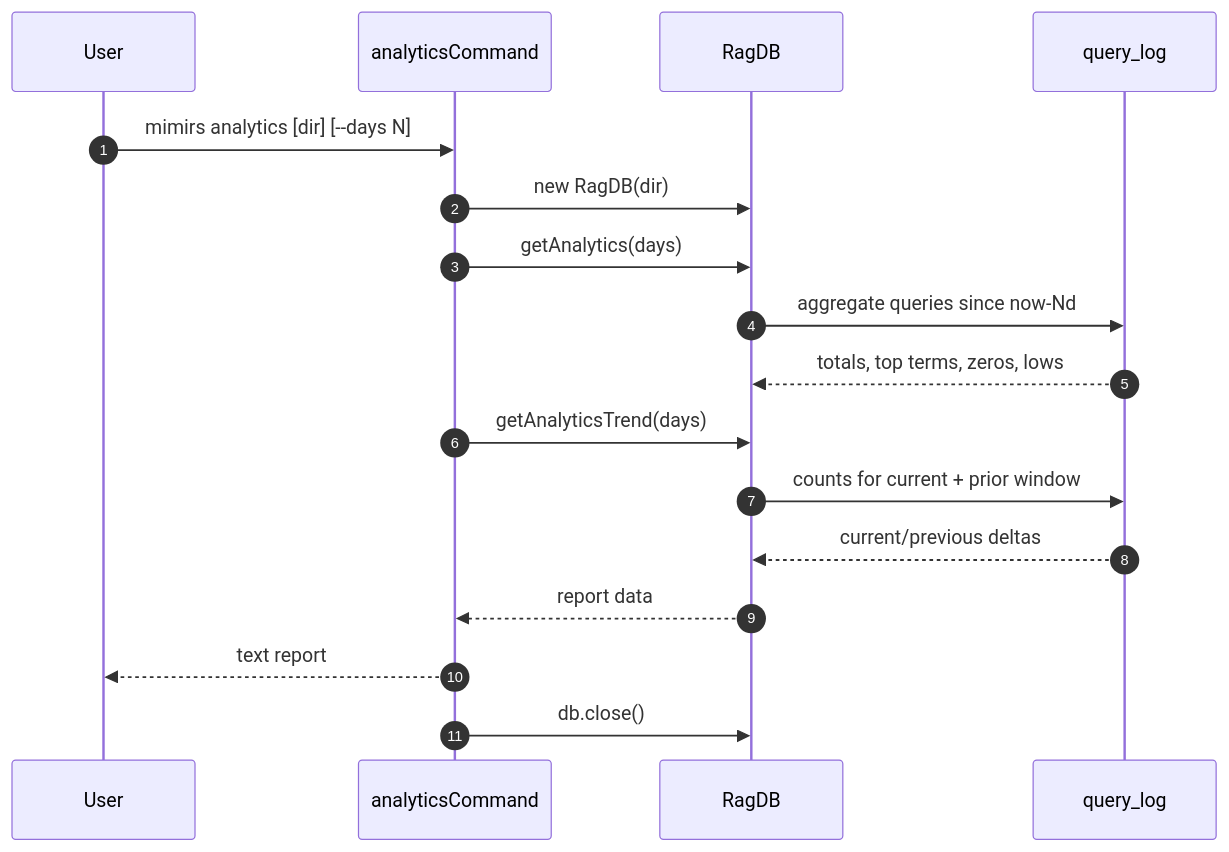
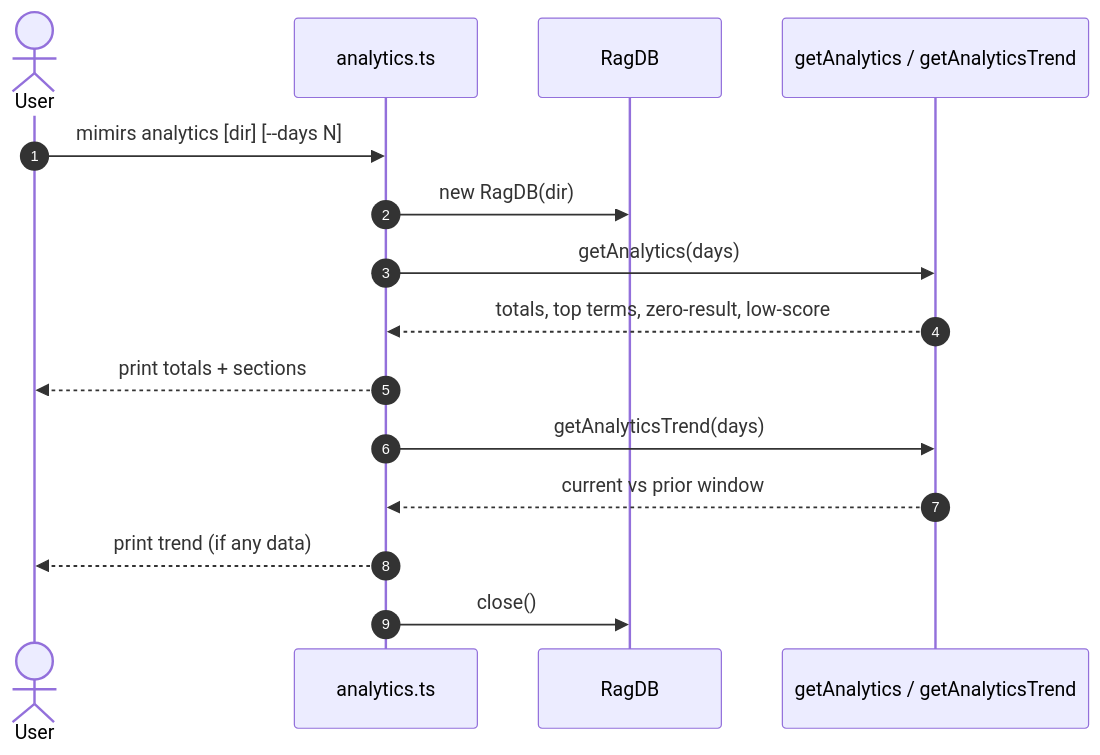
One commit to TheWinci/mimirs changed the diagram in wiki/cli/analytics.md. Above: the diagram before and after it, drawn with Mermaid. The commit also changed other lines of this file and 52 other files, not shown here.

````diff
--- a/wiki/cli/analytics.md
+++ b/wiki/cli/analytics.md
@@ -7,19 +25,17 @@
 ```mermaid
 sequenceDiagram
     autonumber
-    participant User
-    participant CLI as analyticsCommand
+    actor User
+    participant CLI as analytics.ts
     participant DB as RagDB
-    participant Log as query_log
+    participant A as getAnalytics / getAnalyticsTrend
     User->>CLI: mimirs analytics [dir] [--days N]
     CLI->>DB: new RagDB(dir)
-    CLI->>DB: getAnalytics(days)
-    DB->>Log: aggregate queries since now-Nd
-    Log-->>DB: totals, top terms, zeros, lows
-    CLI->>DB: getAnalyticsTrend(days)
-    DB->>Log: counts for current + prior window
-    Log-->>DB: current/previous deltas
-    DB-->>CLI: report data
-    CLI-->>User: text report
-    CLI->>DB: db.close()
+    CLI->>A: getAnalytics(days)
+    A-->>CLI: totals, top terms, zero-result, low-score
+    CLI-->>User: print totals + sections
+    CLI->>A: getAnalyticsTrend(days)
+    A-->>CLI: current vs prior window
+    CLI-->>User: print trend (if any data)
+    CLI->>DB: close()
 ```
````
